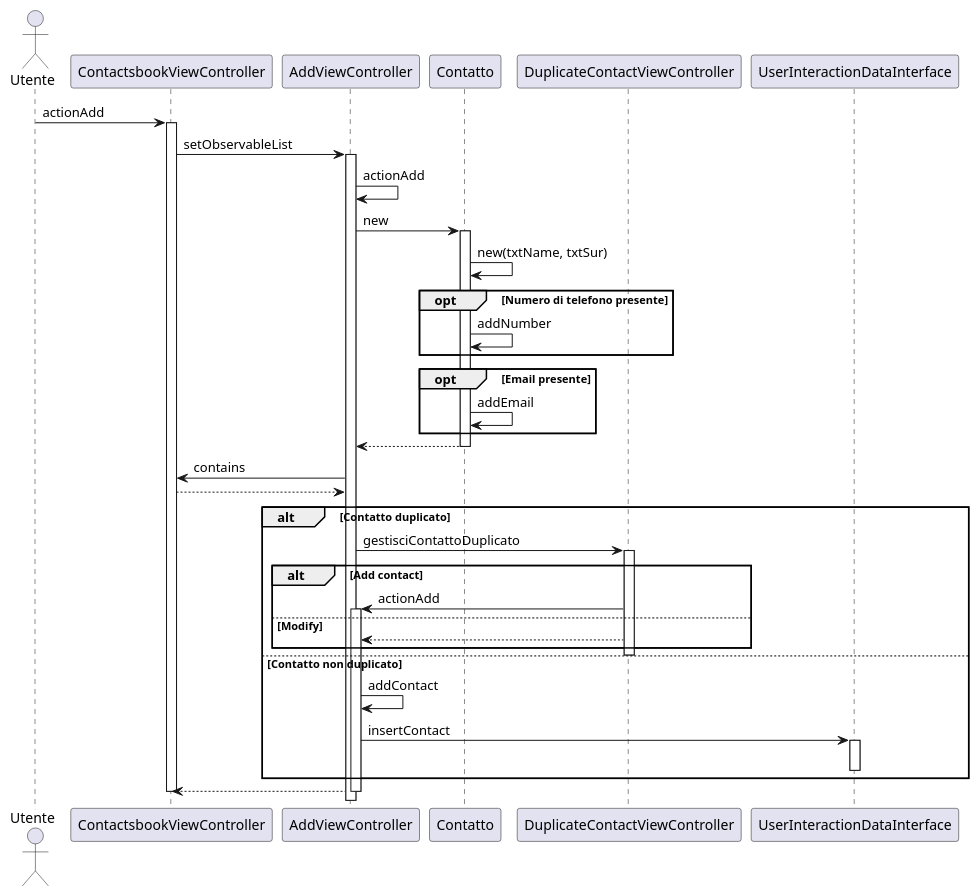
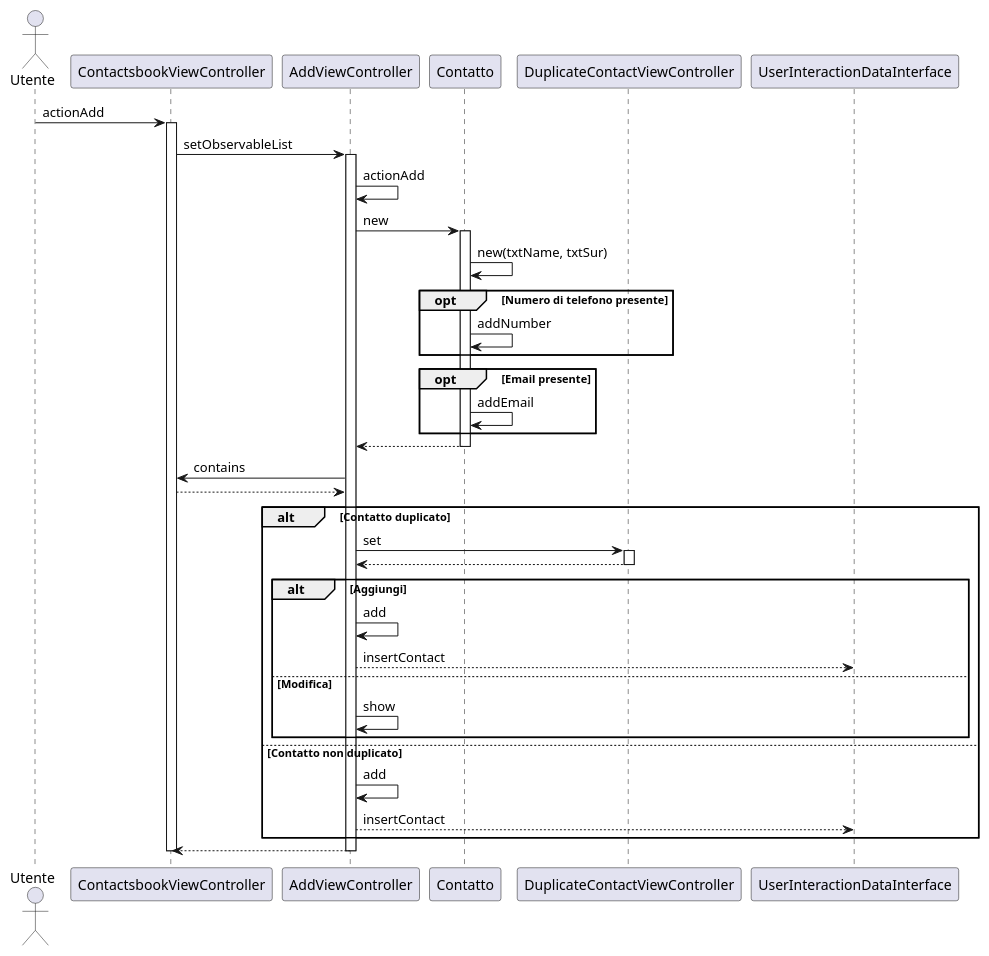
Before and after one commit to CupoMeridio/Ingegneria-del-software-2024-2025: the diagram in src/main/resources/SequenceDiagrams/SequenceDiagramm_actionAdd.puml, drawn with PlantUML. The commit also changed 5 other files, not shown here.

Commit message:
Gestione contatto duplicato e modifica diagrammi di sequenze

```diff
--- a/src/main/resources/SequenceDiagrams/SequenceDiagramm_actionAdd.puml
+++ b/src/main/resources/SequenceDiagrams/SequenceDiagramm_actionAdd.puml
@@ -1,48 +1,47 @@
 @startuml
 actor Utente
 participant ContactsbookViewController
 participant AddViewController
 participant "Contatto" as Contact
 participant DuplicateContactViewController
 participant UserInteractionDataInterface
 
 Utente -> ContactsbookViewController: actionAdd
 activate ContactsbookViewController
 ContactsbookViewController->AddViewController: setObservableList
 activate AddViewController
 AddViewController -> AddViewController: actionAdd
 AddViewController -> Contact: new
 activate Contact
 Contact->Contact: new(txtName, txtSur)
 opt Numero di telefono presente
     Contact -> Contact: addNumber
 end
 opt Email presente
     Contact -> Contact: addEmail
 end
 Contact --> AddViewController
 deactivate Contact
 AddViewController->ContactsbookViewController: contains
 ContactsbookViewController-->AddViewController
 
 alt Contatto duplicato
-    AddViewController -> DuplicateContactViewController: gestisciContattoDuplicato
+    AddViewController -> DuplicateContactViewController: set
     activate DuplicateContactViewController
-    alt Add contact
-        DuplicateContactViewController->AddViewController: actionAdd
-    activate AddViewController
-    else Modify
-        DuplicateContactViewController-->AddViewController
-    end
+    DuplicateContactViewController-->AddViewController
     deactivate DuplicateContactViewController 
+        alt Aggiungi
+            AddViewController->AddViewController:add
+            AddViewController-->UserInteractionDataInterface: insertContact
+        else Modifica
+            AddViewController->AddViewController:show
+        end
 else Contatto non duplicato
-    AddViewController -> AddViewController: addContact
-    AddViewController->UserInteractionDataInterface: insertContact
-    activate UserInteractionDataInterface
-    deactivate UserInteractionDataInterface
+AddViewController->AddViewController: add
+AddViewController-->UserInteractionDataInterface: insertContact
 end
 deactivate Contact
 AddViewController-->ContactsbookViewController
 deactivate AddViewController
 deactivate ContactsbookViewController
 @enduml 
```
